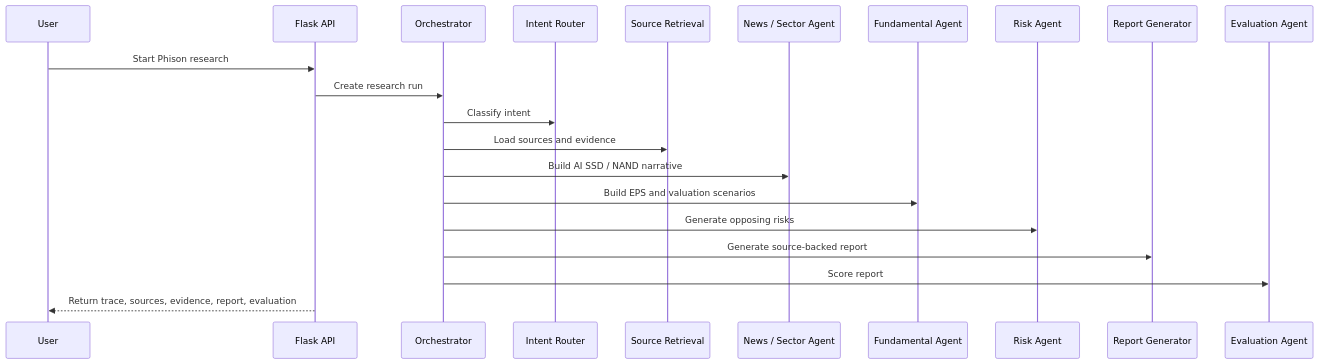
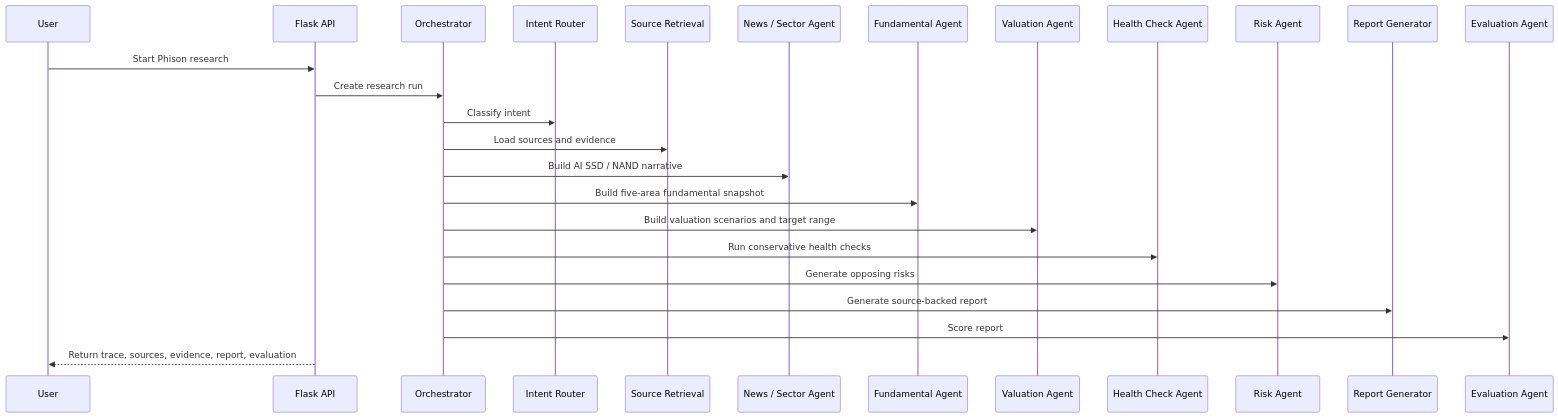
The second of 3 diagrams in docs/architecture.md (DancinAndrew/personal-finance-multi-agent-system), drawn with Mermaid before and after one commit. The commit also changed 5 other files, not shown here.

````diff
--- a/docs/architecture.md
+++ b/docs/architecture.md
@@ -19,24 +19,28 @@
 ```mermaid
 sequenceDiagram
   participant U as User
   participant API as Flask API
   participant O as Orchestrator
   participant R as Intent Router
   participant S as Source Retrieval
   participant N as News / Sector Agent
   participant F as Fundamental Agent
+  participant V as Valuation Agent
+  participant H as Health Check Agent
   participant K as Risk Agent
   participant G as Report Generator
   participant E as Evaluation Agent
 
   U->>API: Start Phison research
   API->>O: Create research run
   O->>R: Classify intent
   O->>S: Load sources and evidence
   O->>N: Build AI SSD / NAND narrative
-  O->>F: Build EPS and valuation scenarios
+  O->>F: Build five-area fundamental snapshot
+  O->>V: Build valuation scenarios and target range
+  O->>H: Run conservative health checks
   O->>K: Generate opposing risks
   O->>G: Generate source-backed report
   O->>E: Score report
   API-->>U: Return trace, sources, evidence, report, evaluation
 ```
````
